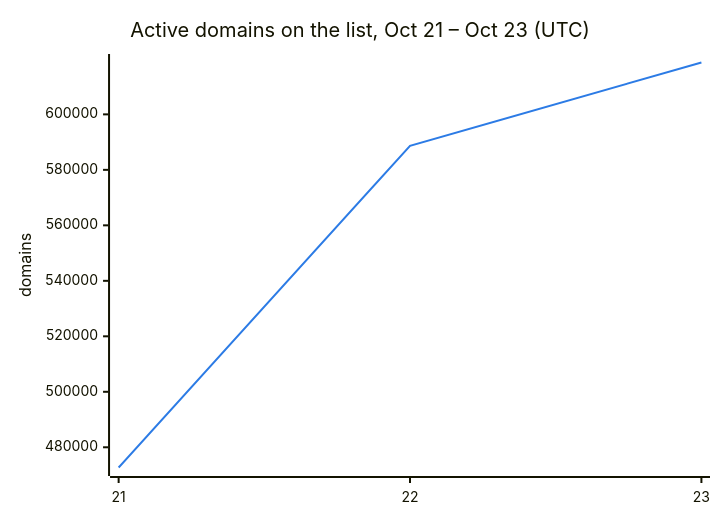
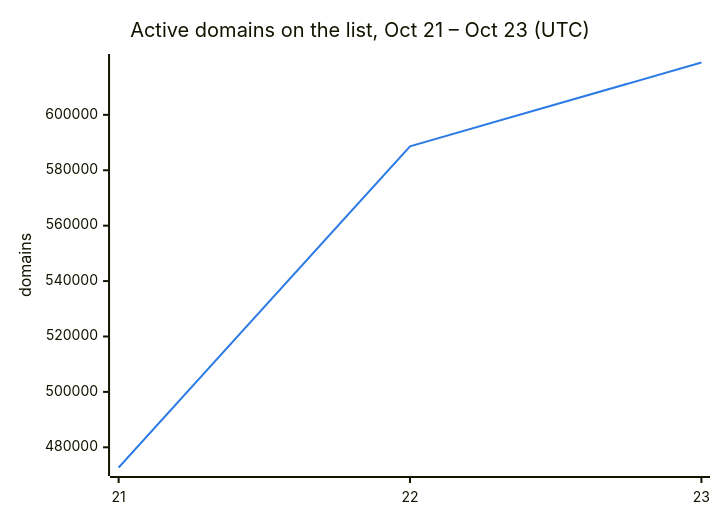
The second of 3 diagrams in README.md (DNSBunker/CTI), drawn with Mermaid before and after one commit. The commit also changed other lines of this file and 3 other files, not shown here.

````diff
--- a/README.md
+++ b/README.md
@@ -38,8 +38,8 @@
 ```mermaid
 %%{init: {"themeVariables": {"xyChart": {"plotColorPalette": "#2c7be5"}}}}%%
 xychart-beta
     title "Active domains on the list, Oct 21 – Oct 23 (UTC)"
     x-axis ["21", "22", "23"]
     y-axis "domains"
-    line [472713, 588659, 618695]
+    line [472713, 588659, 618891]
 ```
````
